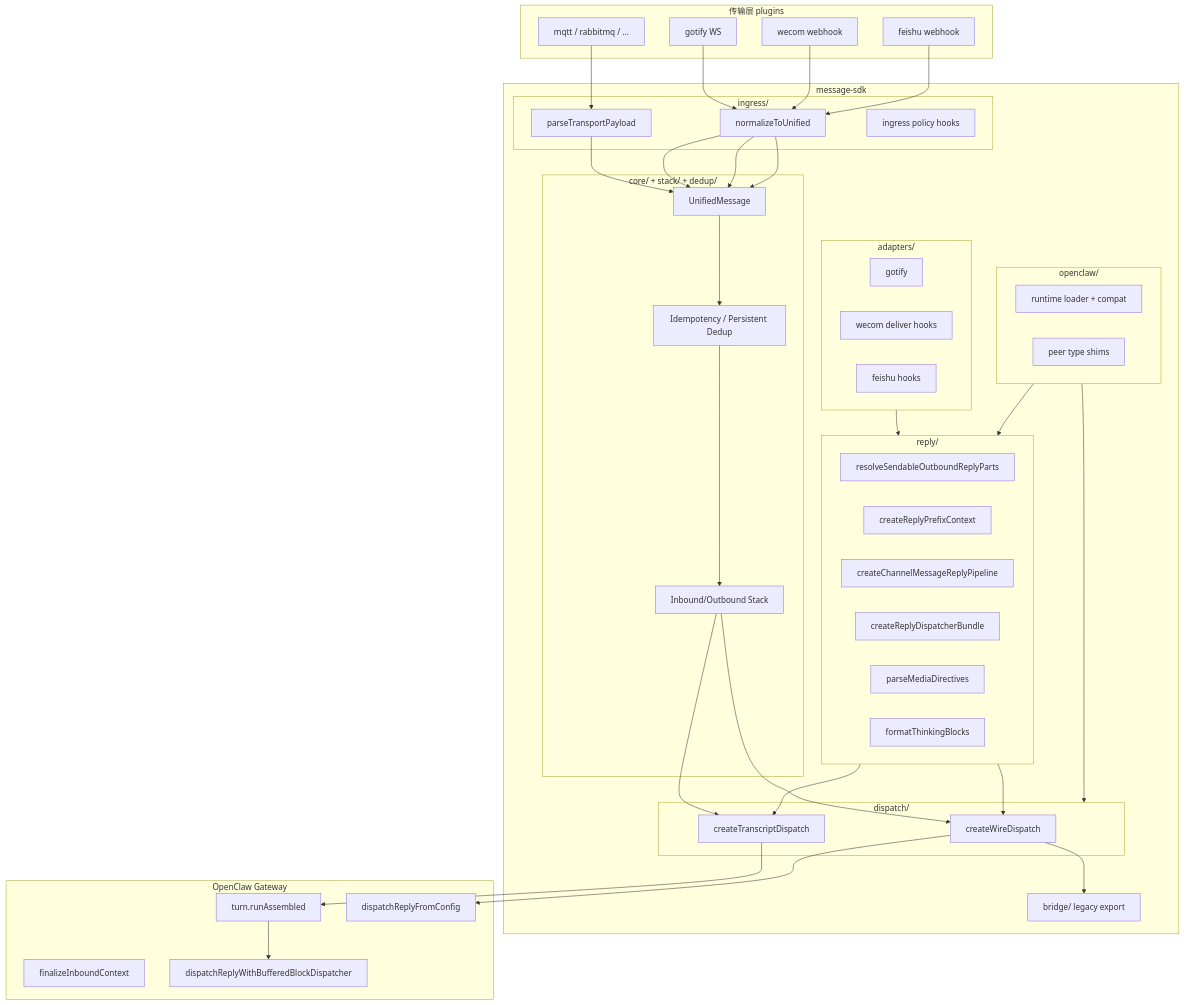
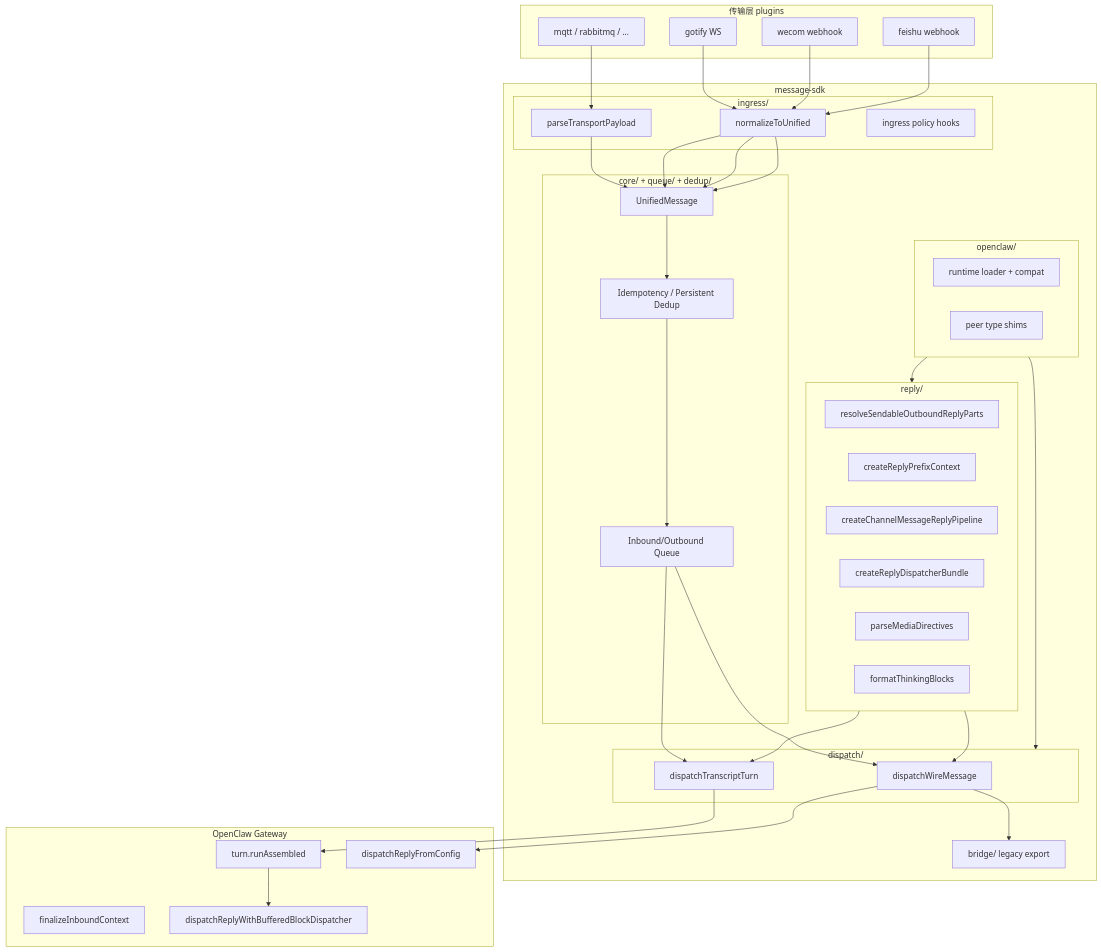
One commit to partme-ai/openclaw-plugins changed the diagram in extensions/message-sdk/docs/PRD-message-sdk-consolidation.md. Above: the diagram before and after it, drawn with Mermaid. The commit also changed other lines of this file and 264 other files, not shown here.

````diff
--- a/extensions/message-sdk/docs/PRD-message-sdk-consolidation.md
+++ b/extensions/message-sdk/docs/PRD-message-sdk-consolidation.md
@@ -100,69 +101,63 @@
 ```mermaid
 flowchart TB
   subgraph Transport["传输层 plugins"]
     MQ[mqtt / rabbitmq / ...]
     Gotify[gotify WS]
     WeCom[wecom webhook]
     Feishu[feishu webhook]
   end
 
   subgraph SDK["message-sdk"]
     subgraph Ingress["ingress/"]
       Parse[parseTransportPayload]
       Normalize[normalizeToUnified]
       Policy[ingress policy hooks]
     end
-    subgraph Core["core/ + stack/ + dedup/"]
+    subgraph Core["core/ + queue/ + dedup/"]
       UM[UnifiedMessage]
-      Stack[Inbound/Outbound Stack]
+      Queue[Inbound/Outbound Queue]
       Dedup[Idempotency / Persistent Dedup]
     end
     subgraph Dispatch["dispatch/"]
-      WireDisp[createWireDispatch]
-      TxDisp[createTranscriptDispatch]
+      WireDisp[dispatchWireMessage]
+      TxDisp[dispatchTranscriptTurn]
     end
     subgraph Reply["reply/"]
       Parts[resolveSendableOutboundReplyParts]
       Prefix[createReplyPrefixContext]
       Pipeline[createChannelMessageReplyPipeline]
       Bundle[createReplyDispatcherBundle]
       MediaDir[parseMediaDirectives]
       ThinkFmt[formatThinkingBlocks]
     end
     subgraph OpenClawLayer["openclaw/"]
       Compat[runtime loader + compat]
       PeerTypes[peer type shims]
-    end
-    subgraph Adapters["adapters/"]
-      GotifyAd[gotify]
-      WeComAd[wecom deliver hooks]
-      FeishuAd[feishu hooks]
     end
     Bridge[bridge/ legacy export]
   end
 
   subgraph OpenClaw["OpenClaw Gateway"]
     Finalize[finalizeInboundContext]
     RunAsm[turn.runAssembled]
     DispReply[dispatchReplyFromConfig]
     BufDisp[dispatchReplyWithBufferedBlockDispatcher]
   end
 
   MQ --> Parse --> UM
   Gotify --> Normalize --> UM
   WeCom --> Normalize --> UM
   Feishu --> Normalize --> UM
 
-  UM --> Dedup --> Stack
+  UM --> Dedup --> Queue
 
-  Stack --> WireDisp --> DispReply
-  Stack --> TxDisp --> RunAsm --> BufDisp
+  Queue --> WireDisp --> DispReply
+  Queue --> TxDisp --> RunAsm --> BufDisp
 
   WireDisp --> Bridge
   Reply --> WireDisp
   Reply --> TxDisp
 
-  Adapters --> Reply
   OpenClawLayer --> Dispatch
   OpenClawLayer --> Reply
 ```
````
